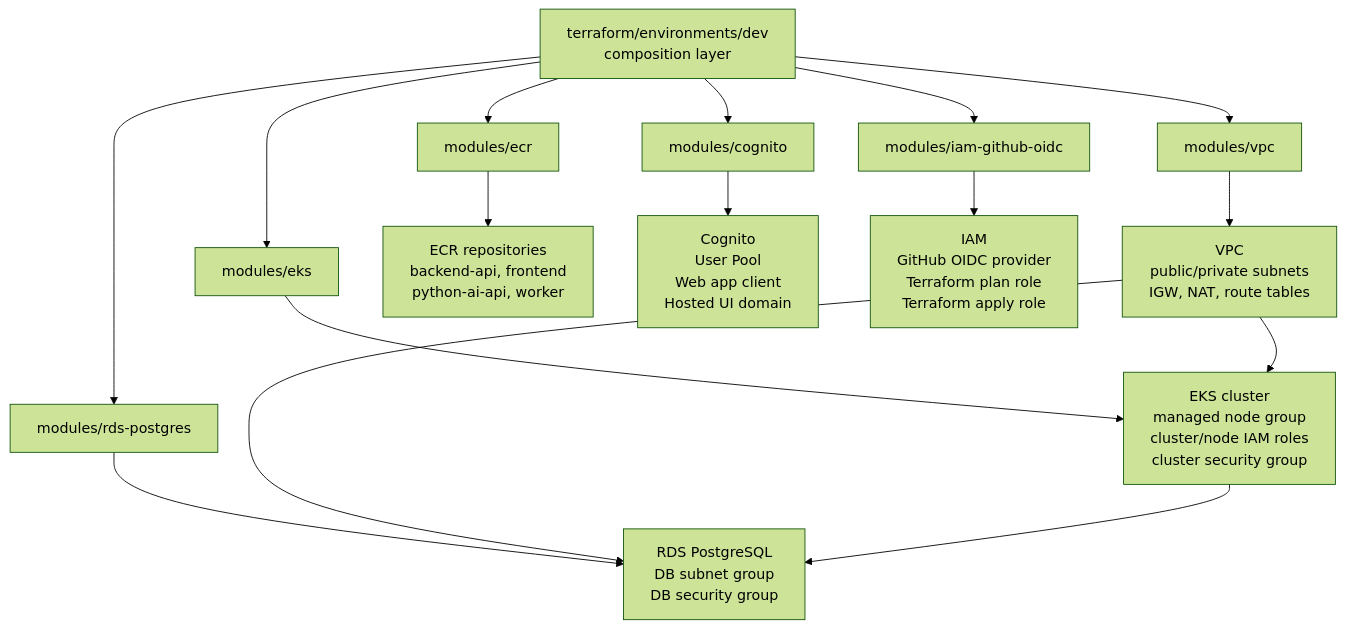
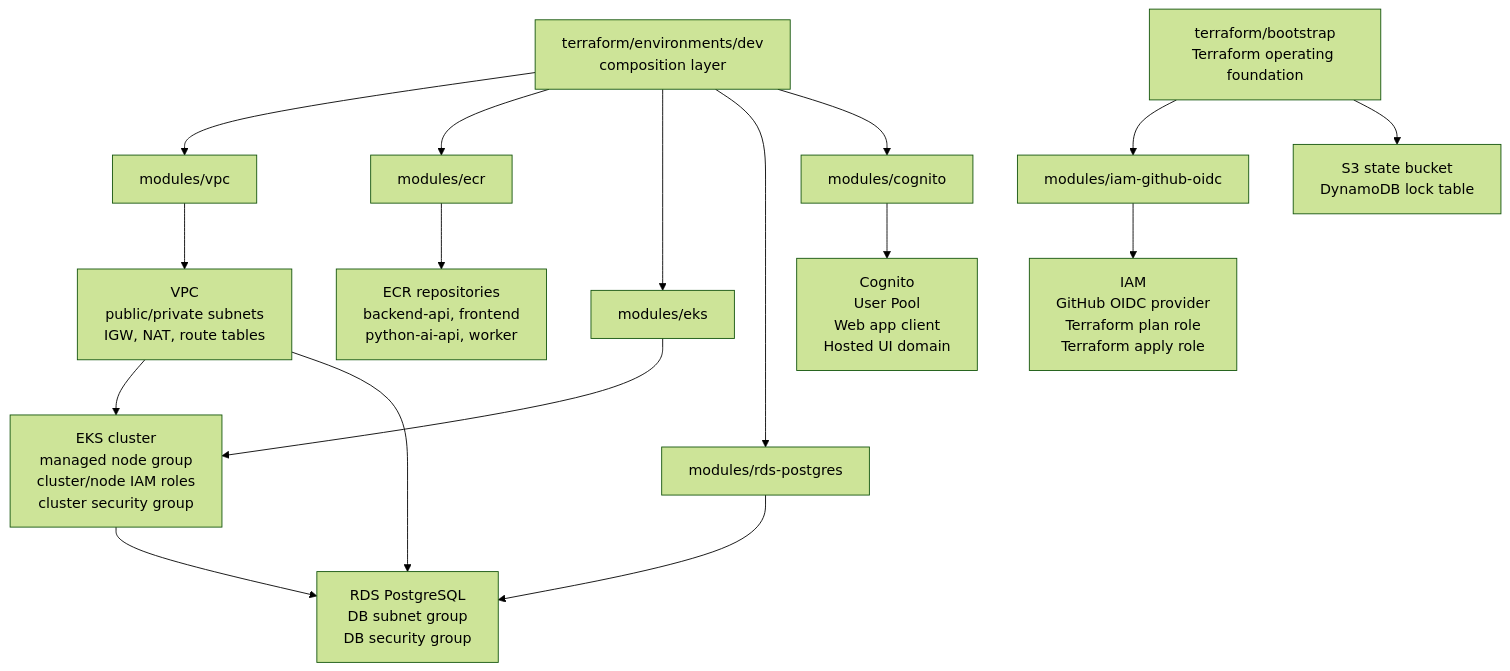
Before and after one commit to sarandoniparthi/ai-saas-platform-infra: the third of 3 diagrams in ARCHITECTURE.md, drawn with Mermaid (forest theme). The commit also changed other lines of this file and 16 other files, not shown here.

Commit message:
Add Terraform bootstrap layer

````diff
--- a/ARCHITECTURE.md
+++ b/ARCHITECTURE.md
@@ -115,22 +132,24 @@
 ```mermaid
 flowchart TB
   Dev["terraform/environments/dev<br/>composition layer"]
+  BootstrapMod["terraform/bootstrap<br/>Terraform operating foundation"]
 
   Dev --> VPCMod["modules/vpc"]
   Dev --> ECRMod["modules/ecr"]
   Dev --> EKSMod["modules/eks"]
   Dev --> RDSMod["modules/rds-postgres"]
   Dev --> CognitoMod["modules/cognito"]
-  Dev --> IAMMod["modules/iam-github-oidc"]
+  BootstrapMod --> IAMMod["modules/iam-github-oidc"]
+  BootstrapMod --> StateMod["S3 state bucket<br/>DynamoDB lock table"]
 
   VPCMod --> VPC["VPC<br/>public/private subnets<br/>IGW, NAT, route tables"]
   ECRMod --> ECR["ECR repositories<br/>backend-api, frontend<br/>python-ai-api, worker"]
   EKSMod --> EKS["EKS cluster<br/>managed node group<br/>cluster/node IAM roles<br/>cluster security group"]
   RDSMod --> RDS["RDS PostgreSQL<br/>DB subnet group<br/>DB security group"]
   CognitoMod --> Cognito["Cognito<br/>User Pool<br/>Web app client<br/>Hosted UI domain"]
   IAMMod --> IAM["IAM<br/>GitHub OIDC provider<br/>Terraform plan role<br/>Terraform apply role"]
 
   VPC --> EKS
   VPC --> RDS
   EKS --> RDS
 ```
````
